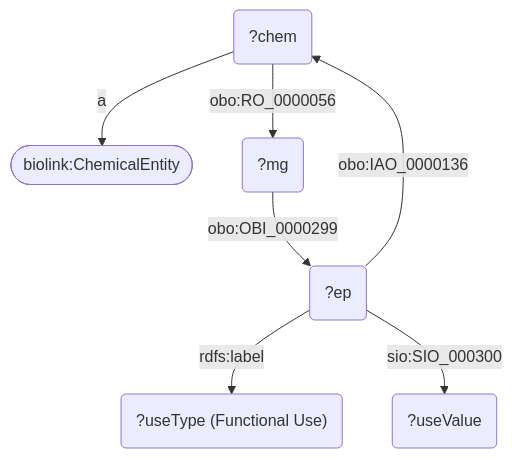
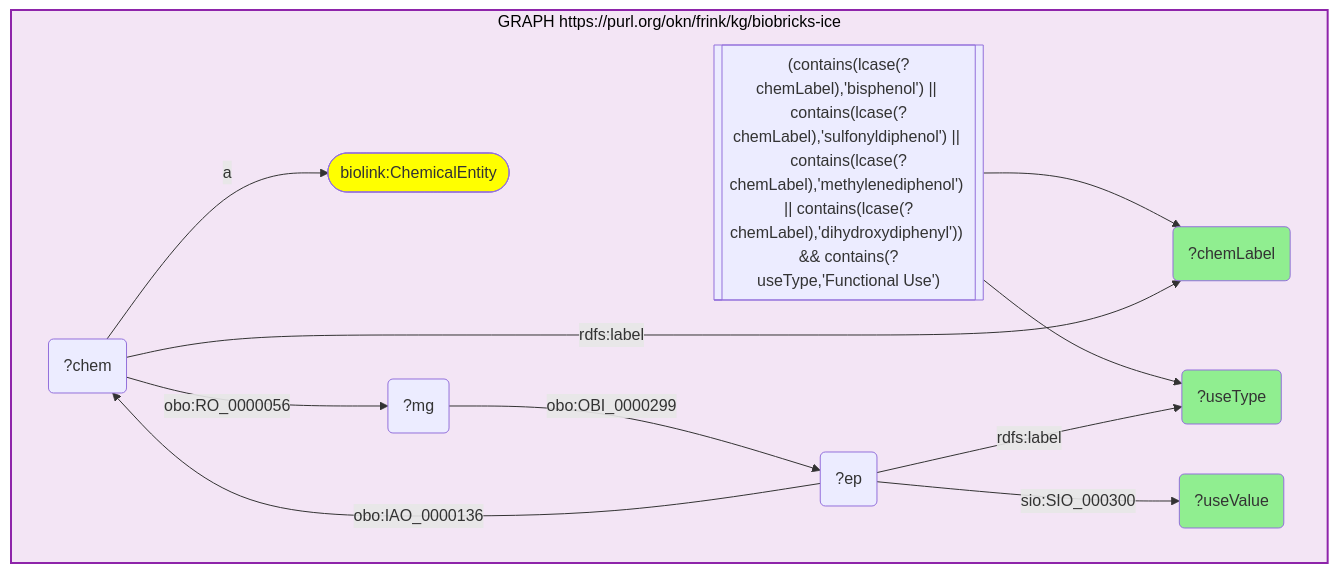
Before and after one commit to sbl-sdsc/mcp-okn: diagram 13 of 16 in docs/examples/Bisphenol-Exposome/Bisphenol-Exposome_reproducibility.md, drawn with Mermaid. The commit also changed other lines of this file and 2 other files, not shown here.

First line of the commit message:
fix(examples): restore KG boxes in Bisphenol-Exposome reproducibility diagrams

````diff
--- a/docs/examples/Bisphenol-Exposome/Bisphenol-Exposome_reproducibility.md
+++ b/docs/examples/Bisphenol-Exposome/Bisphenol-Exposome_reproducibility.md
@@ -450,9 +706,26 @@
 ```mermaid
 graph TD
-  q13v3("?chem") --"a"--> c([biolink:ChemicalEntity])
-  q13v3 --"obo:RO_0000056"--> v5("?mg")
-  v5 --"obo:OBI_0000299"--> v4("?ep")
-  v4 --"obo:IAO_0000136"--> q13v3
-  v4 --"rdfs:label"--> v2("?useType (Functional Use)")
-  v4 --"sio:SIO_000300"--> v6("?useValue")
+classDef projected fill:lightgreen;
+classDef literal fill:orange;
+classDef iri fill:yellow;
+  q13v3("?chem")
+  q13v1("?chemLabel"):::projected 
+  q13v4("?ep")
+  q13v5("?mg")
+  q13v2("?useType"):::projected 
+  q13v6("?useValue"):::projected 
+  subgraph q13graph0["GRAPH https://purl.org/okn/frink/kg/biobricks-ice"]
+    style q13graph0 fill:#f3e5f5,stroke:#8e24aa,stroke-width:2px,color:#000;
+    q13graph0c2(["biolink:ChemicalEntity"]):::iri 
+    q13graph0f0[["(contains(lcase(?chemLabel),'bisphenol') || contains(lcase(?chemLabel),'sulfonyldiphenol') || contains(lcase(?chemLabel),'methylenediphenol') || contains(lcase(?chemLabel),'dihydroxydiphenyl')) && contains(?useType,'Functional Use')"]]
+    q13graph0f0 --> q13v1
+    q13graph0f0 --> q13v2
+    q13v3 --"a"--> q13graph0c2
+    q13v4 --"obo:IAO_0000136"--> q13v3
+    q13v3 --"obo:RO_0000056"--> q13v5
+    q13v5 --"obo:OBI_0000299"--> q13v4
+    q13v3 --"rdfs:label"--> q13v1
+    q13v4 --"sio:SIO_000300"--> q13v6
+    q13v4 --"rdfs:label"--> q13v2
+  end
 ```
````
